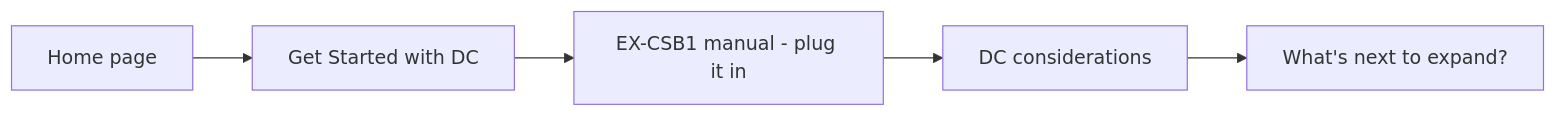
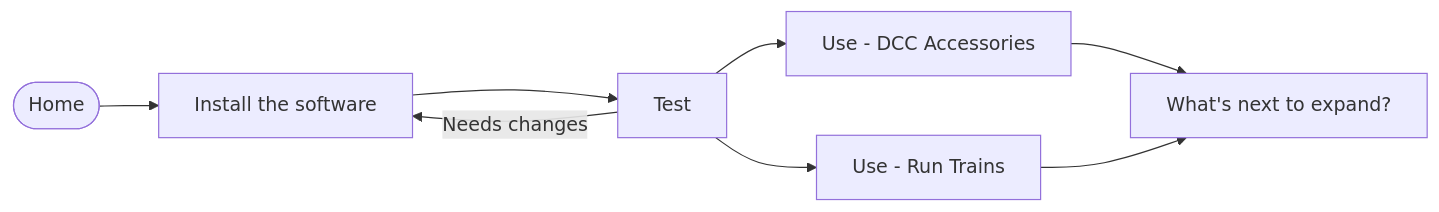
The fourth of 10 diagrams in docs/contributing/user-journeys.md (DCC-EX/mkdocs-test), drawn with Mermaid before and after one commit. The commit also changed other lines of this file and 8 other files, not shown here.

````diff
--- a/docs/contributing/user-journeys.md
+++ b/docs/contributing/user-journeys.md
@@ -33,7 +50,10 @@
 ```mermaid
 graph LR
-    A[Home page] -->B[Get Started with DC];
-    B --> C[EX-CSB1 manual - plug it in];
-    C --> D[DC considerations];
-    D --> E[What's next to expand?];
+    A([Home]) --> B[Install the software];
+    B --> C[Test];
+    C --> |Needs changes| B;
+    C --> D[Use - Run Trains];
+    C --> E[Use - DCC Accessories];
+    E --> F[What's next to expand?];
+    D --> F;
 ```
````
